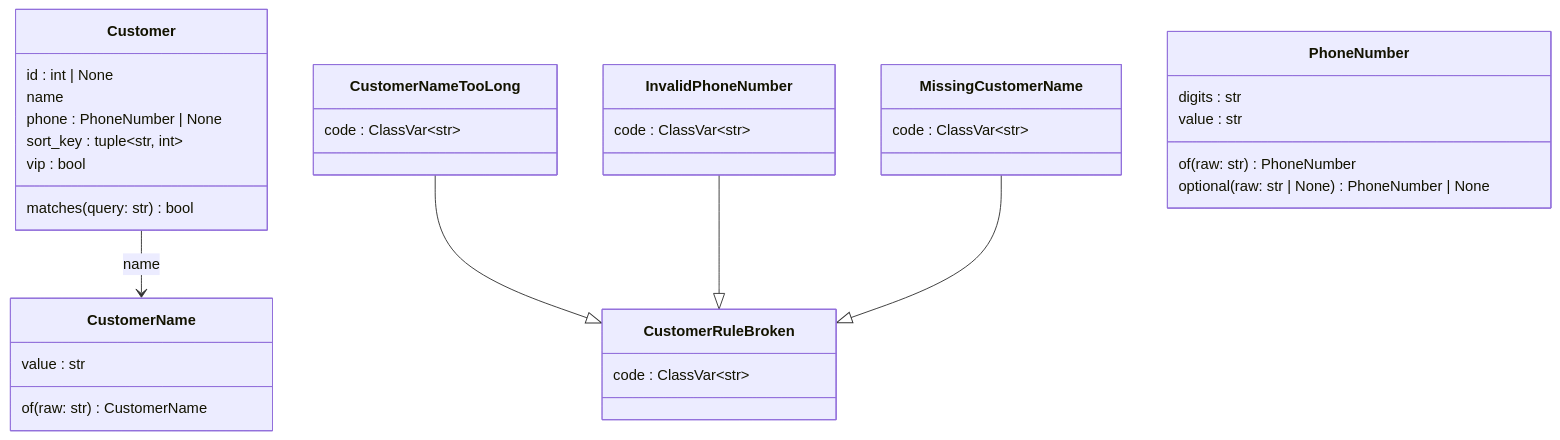
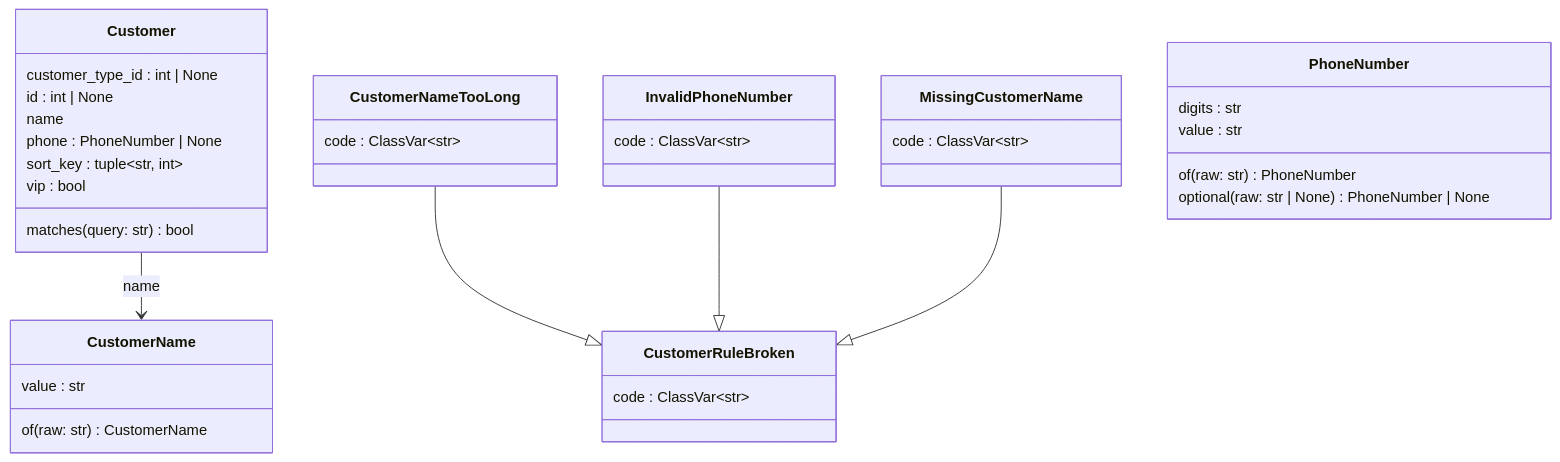
Before and after one commit to GonzaloZevallos/apostrophe: the second of 4 diagrams in docs/architecture/generated/classes/customers.md, drawn with Mermaid. The commit also changed other lines of this file and 2 other files, not shown here.

Commit message:
Regenerate the API and architecture docs for the customer type on the Customer API

````diff
--- a/docs/architecture/generated/classes/customers.md
+++ b/docs/architecture/generated/classes/customers.md
@@ -64,37 +69,38 @@
 ```mermaid
 classDiagram
   class Customer {
+    customer_type_id : int #124; None
     id : int #124; None
     name
     phone : PhoneNumber #124; None
     sort_key : tuple~str, int~
     vip : bool
     matches(query: str) bool
   }
   class CustomerName {
     value : str
     of(raw: str) CustomerName
   }
   class CustomerNameTooLong {
     code : ClassVar~str~
   }
   class CustomerRuleBroken {
     code : ClassVar~str~
   }
   class InvalidPhoneNumber {
     code : ClassVar~str~
   }
   class MissingCustomerName {
     code : ClassVar~str~
   }
   class PhoneNumber {
     digits : str
     value : str
     of(raw: str) PhoneNumber
     optional(raw: str #124; None) PhoneNumber #124; None
   }
   Customer --> CustomerName : name
   CustomerNameTooLong --|> CustomerRuleBroken
   InvalidPhoneNumber --|> CustomerRuleBroken
   MissingCustomerName --|> CustomerRuleBroken
 ```
````
